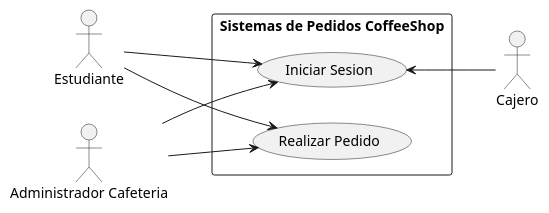
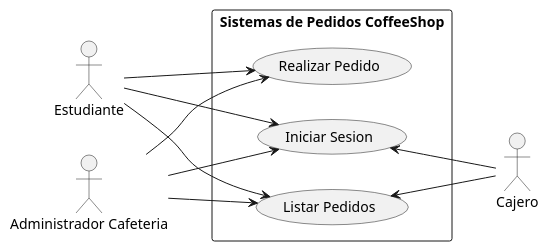
The diagram in casosuso.plantuml (maurosena/shopcoffee), drawn with PlantUML before and after one commit. The commit also changed 1 other file, not shown here.

Commit message:
Se actualizo diagrama de casos de uso y se culmino el diagrama de clases

```diff
--- a/casosuso.plantuml
+++ b/casosuso.plantuml
@@ -1,17 +1,23 @@
 @startuml casoscoffeshop
 left to right direction
 actor "Estudiante" as est
 actor "Administrador Cafeteria" as admin
 actor "Cajero" as cajero
 
 rectangle "Sistemas de Pedidos CoffeeShop"{
     usecase "Iniciar Sesion" as UC1
     usecase "Realizar Pedido" as UC2
+    usecase "Listar Pedidos" as UC3
 }
 
 est --> UC1 
 est --> UC2
+est --> UC3
 admin --> UC1
 admin --> UC2
+admin --> UC3
+
 UC1 <-- cajero
+UC3 <-- cajero
+
 @enduml
```
